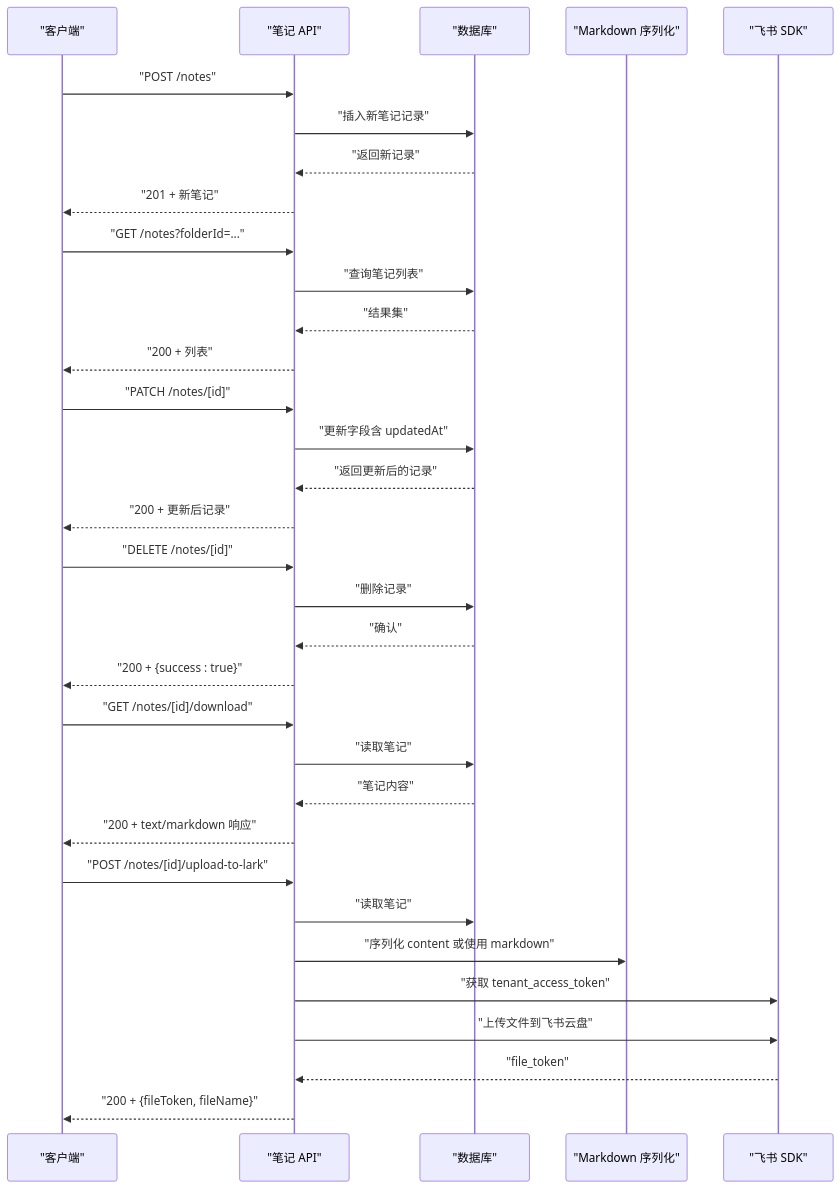
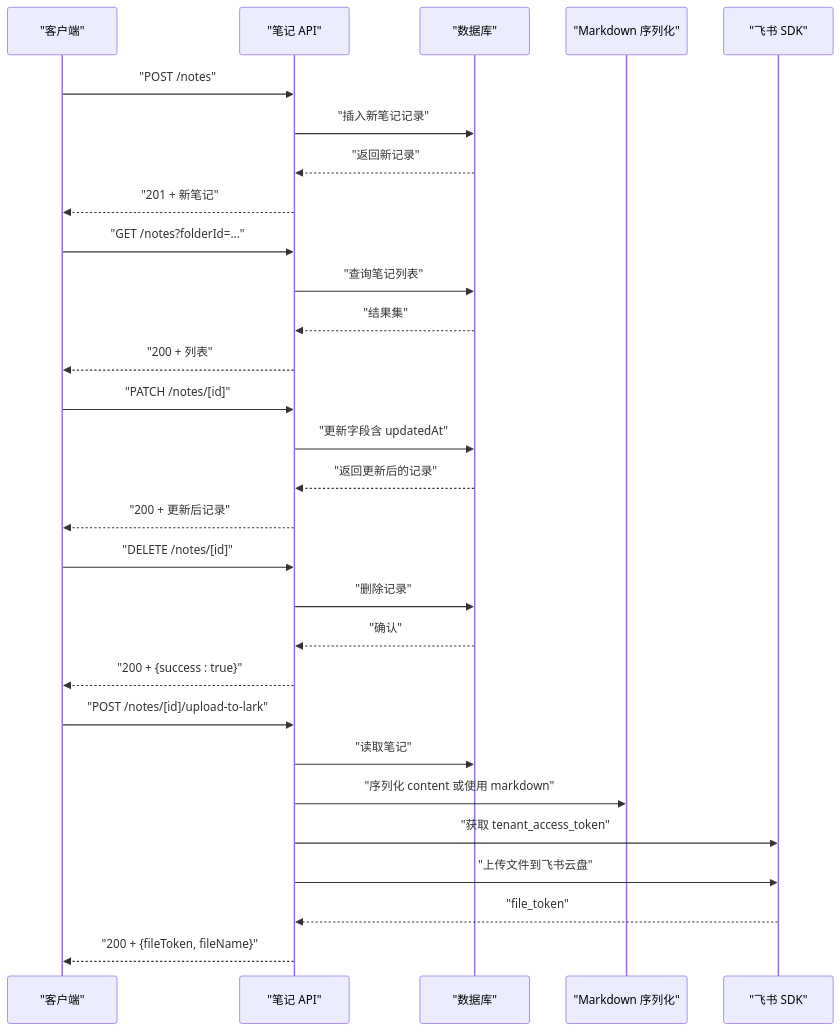
One commit to BlackBoxRecorder/uninote changed the second of 8 diagrams in .qoder/repowiki/zh/content/API 接口文档/笔记 API/笔记 API.md. Above: the diagram before and after it, drawn with Mermaid. The commit also changed other lines of this file and 7 other files, not shown here.

````diff
--- a/.qoder/repowiki/zh/content/API 接口文档/笔记 API/笔记 API.md
+++ b/.qoder/repowiki/zh/content/API 接口文档/笔记 API/笔记 API.md
@@ -129,35 +126,31 @@
 ```mermaid
 sequenceDiagram
 participant C as "客户端"
 participant N as "笔记 API"
 participant D as "数据库"
 participant M as "Markdown 序列化"
 participant F as "飞书 SDK"
 C->>N : "POST /notes"
 N->>D : "插入新笔记记录"
 D-->>N : "返回新记录"
 N-->>C : "201 + 新笔记"
 C->>N : "GET /notes?folderId=..."
 N->>D : "查询笔记列表"
 D-->>N : "结果集"
 N-->>C : "200 + 列表"
 C->>N : "PATCH /notes/[id]"
 N->>D : "更新字段含 updatedAt"
 D-->>N : "返回更新后的记录"
 N-->>C : "200 + 更新后记录"
 C->>N : "DELETE /notes/[id]"
 N->>D : "删除记录"
 D-->>N : "确认"
 N-->>C : "200 + {success : true}"
-C->>N : "GET /notes/[id]/download"
-N->>D : "读取笔记"
-D-->>N : "笔记内容"
-N-->>C : "200 + text/markdown 响应"
 C->>N : "POST /notes/[id]/upload-to-lark"
 N->>D : "读取笔记"
 N->>M : "序列化 content 或使用 markdown"
 N->>F : "获取 tenant_access_token"
 N->>F : "上传文件到飞书云盘"
 F-->>N : "file_token"
 N-->>C : "200 + {fileToken, fileName}"
 ```
````
